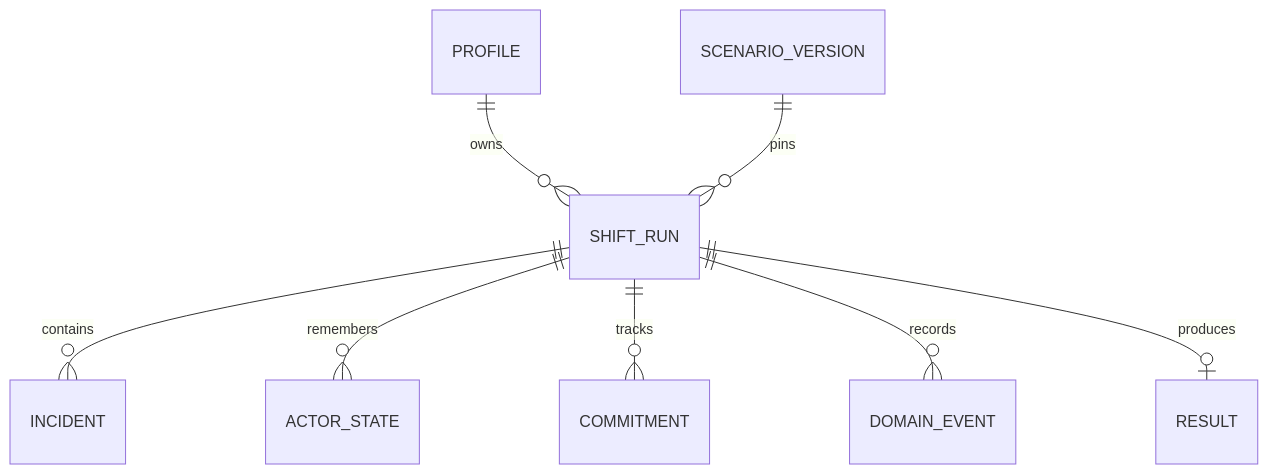
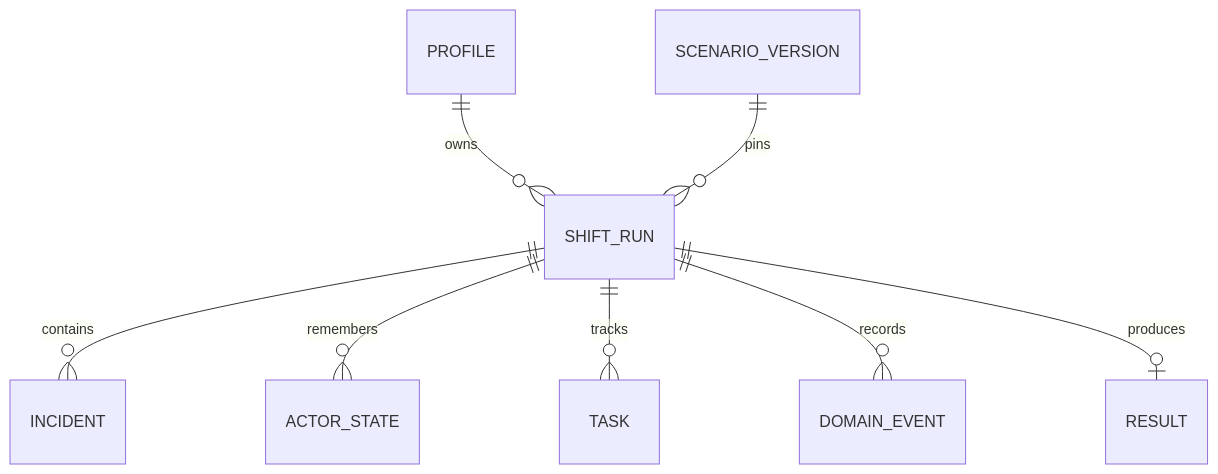
Before and after one commit to RomaGrach/mt-hackathon: the diagram in docs/DOMAIN-MODEL.md, drawn with Mermaid. The commit also changed other lines of this file and 6 other files, not shown here.

````diff
--- a/docs/DOMAIN-MODEL.md
+++ b/docs/DOMAIN-MODEL.md
@@ -24,10 +24,10 @@
 ```mermaid
 erDiagram
   PROFILE ||--o{ SHIFT_RUN : owns
   SCENARIO_VERSION ||--o{ SHIFT_RUN : pins
   SHIFT_RUN ||--o{ INCIDENT : contains
   SHIFT_RUN ||--o{ ACTOR_STATE : remembers
-  SHIFT_RUN ||--o{ COMMITMENT : tracks
+  SHIFT_RUN ||--o{ TASK : tracks
   SHIFT_RUN ||--o{ DOMAIN_EVENT : records
   SHIFT_RUN ||--o| RESULT : produces
 ```
````
